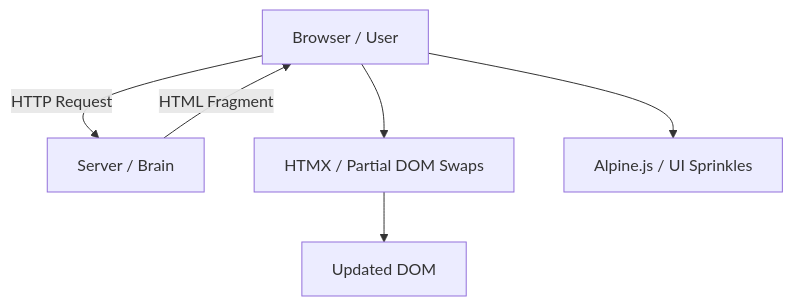
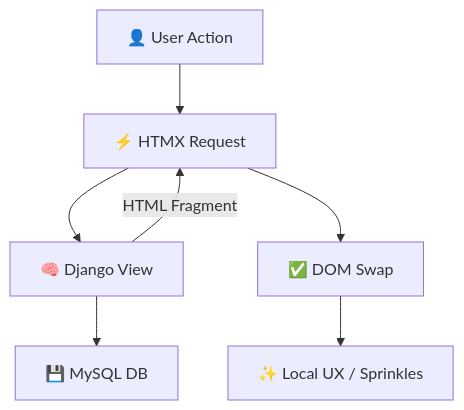
The first of 3 diagrams in Full-Stack/Django-Vite-HTMX-Alpine.md (seanwhs/Tutorials), drawn with Mermaid before and after one commit. The commit also changed other lines of this file, not shown here.

````diff
--- a/Full-Stack/Django-Vite-HTMX-Alpine.md
+++ b/Full-Stack/Django-Vite-HTMX-Alpine.md
@@ -34,7 +23,9 @@
 ```mermaid
 flowchart TD
-    Browser[Browser / User]:::browser -->|HTTP Request| Django[Server / Brain]:::server
-    Django -->|HTML Fragment| Browser
-    Browser --> HTMX[HTMX / Partial DOM Swaps]:::htmx --> DOM[Updated DOM]
-    Browser --> Alpine[Alpine.js / UI Sprinkles]:::alpine
+    User[👤 User Action] --> HTMX[⚡ HTMX Request]
+    HTMX --> Django[🧠 Django View]
+    Django --> MySQL[💾 MySQL DB]
+    Django -->|HTML Fragment| HTMX
+    HTMX --> DOM[✅ DOM Swap]
+    DOM --> Alpine[✨ Local UX / Sprinkles]
 ```
````
